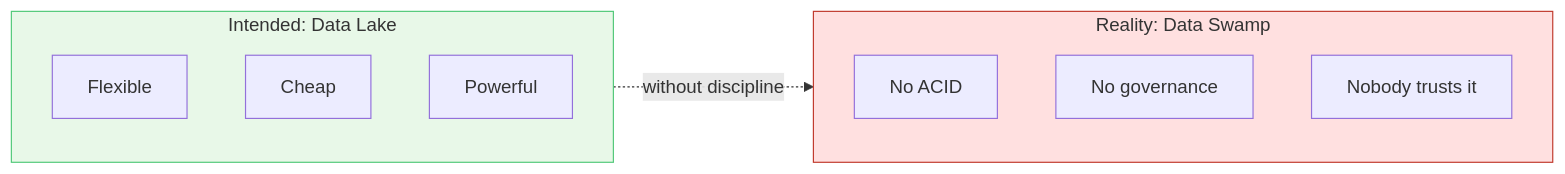
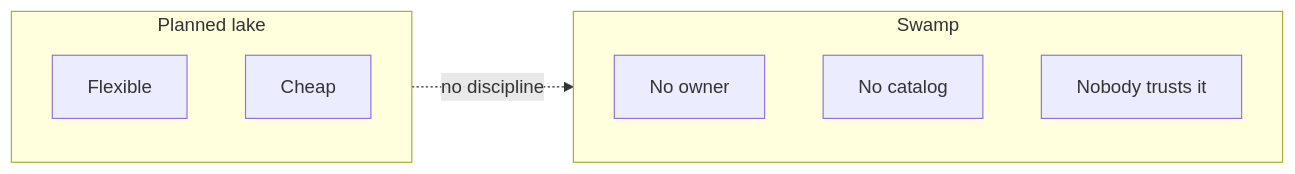
The fifth of 5 diagrams in data-architecture/data-lake.md (adnanrahin/adnanrahin.github.io), drawn with Mermaid before and after one commit. The commit also changed other lines of this file and 5 other files, not shown here.

````diff
--- a/data-architecture/data-lake.md
+++ b/data-architecture/data-lake.md
@@ -182,19 +143,13 @@
 ```mermaid
 flowchart LR
-    subgraph Intended["Intended: Data Lake"]
-        I1["Flexible"]
-        I2["Cheap"]
-        I3["Powerful"]
+    subgraph Good["Planned lake"]
+        G1["Flexible"]
+        G2["Cheap"]
     end
-
-    subgraph Reality["Reality: Data Swamp"]
-        R1["No ACID"]
-        R2["No governance"]
-        R3["Nobody trusts it"]
+    subgraph Bad["Swamp"]
+        B1["No owner"]
+        B2["No catalog"]
+        B3["Nobody trusts it"]
     end
-
-    Intended -.->|"without discipline"| Reality
-
-    style Intended fill:#E8F8E8,stroke:#50C878
-    style Reality fill:#FFE0E0,stroke:#C0392B
+    Good -.->|"no discipline"| Bad
 ```
````
